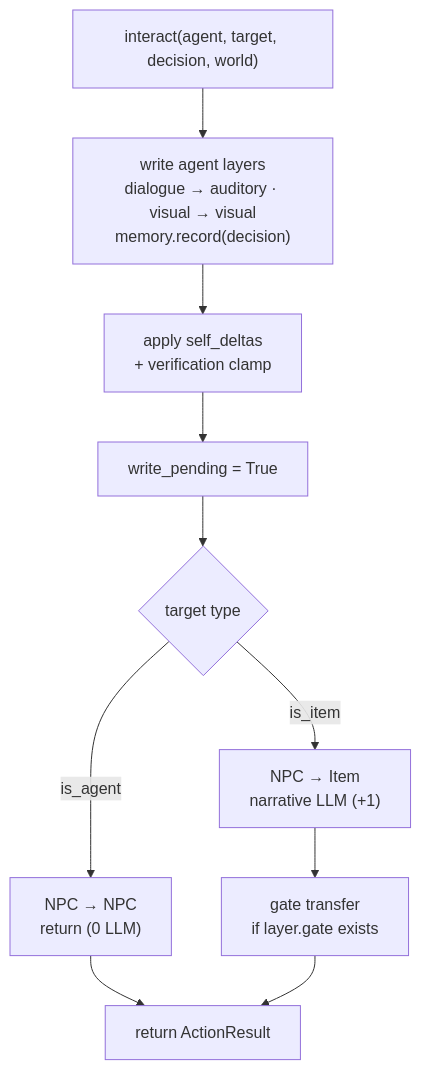
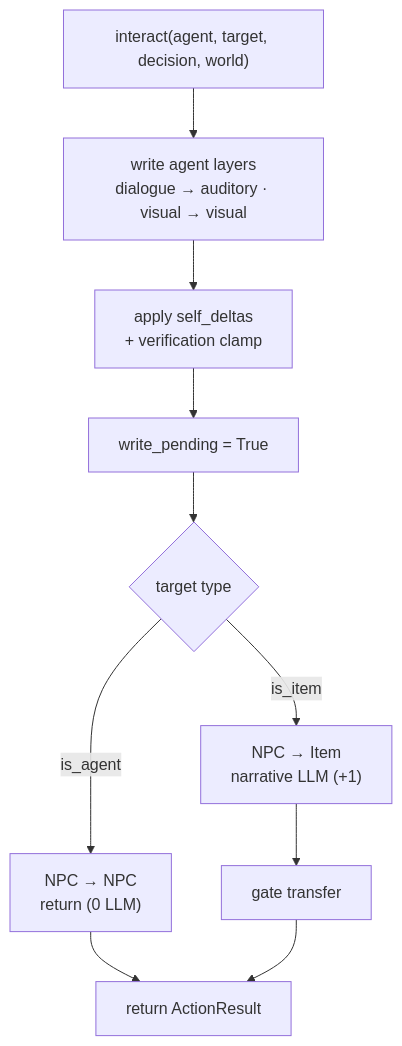
The sixth of 6 diagrams in README.md (flaverse/AgentWorld_Async_UI), drawn with Mermaid before and after one commit. The commit also changed other lines of this file, not shown here.

````diff
--- a/README.md
+++ b/README.md
@@ -226,25 +265,25 @@
 ```mermaid
 flowchart TD
     interact["interact(agent, target, decision, world)"]
 
-    write["write agent layers<br/>dialogue → auditory · visual → visual<br/>memory.record(decision)"]
+    write["write agent layers<br/>dialogue → auditory · visual → visual"]
     deltas["apply self_deltas<br/>+ verification clamp"]
     lock["write_pending = True"]
 
     branch{"target type"}
     npc["NPC → NPC<br/>return (0 LLM)"]
     item["NPC → Item<br/>narrative LLM (+1)"]
-    gate["gate transfer<br/>if layer.gate exists"]
+    gate["gate transfer"]
 
     result["return ActionResult"]
 
     interact --> write
     write --> deltas
     deltas --> lock
     lock --> branch
     branch -->|is_agent| npc
     branch -->|is_item| item
     item --> gate
     npc --> result
     gate --> result
 ```
````
